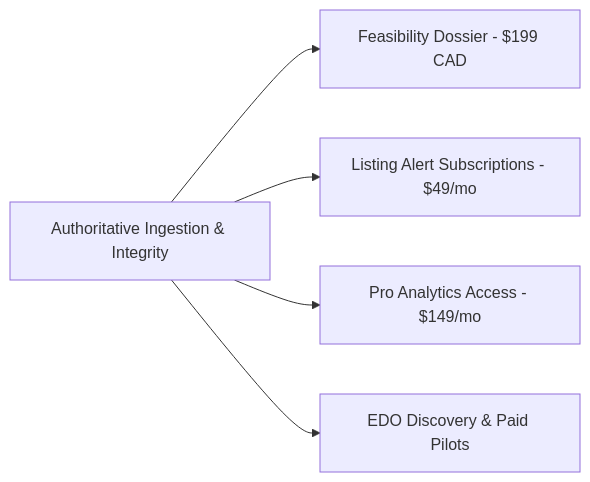
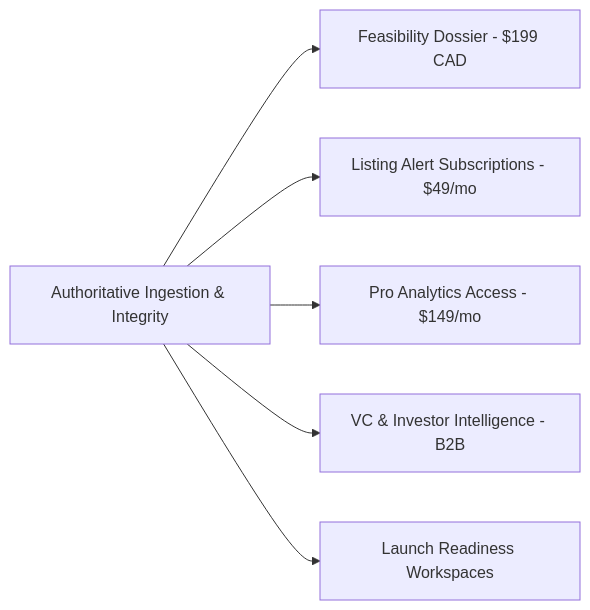
One commit to tejinder-gh/ontarioIntelligenceDashboard changed the diagram in FIX_REPORT.md. Above: the diagram before and after it, drawn with Mermaid. The commit also changed other lines of this file and 40 other files, not shown here.

````diff
--- a/FIX_REPORT.md
+++ b/FIX_REPORT.md
@@ -52,7 +70,8 @@
 ```mermaid
 graph LR
     A[Authoritative Ingestion & Integrity] --> B[Feasibility Dossier - $199 CAD]
     A --> C[Listing Alert Subscriptions - $49/mo]
     A --> D[Pro Analytics Access - $149/mo]
-    A --> E[EDO Discovery & Paid Pilots]
+    A --> E[VC & Investor Intelligence - B2B]
+    A --> F[Launch Readiness Workspaces]
 ```
````
